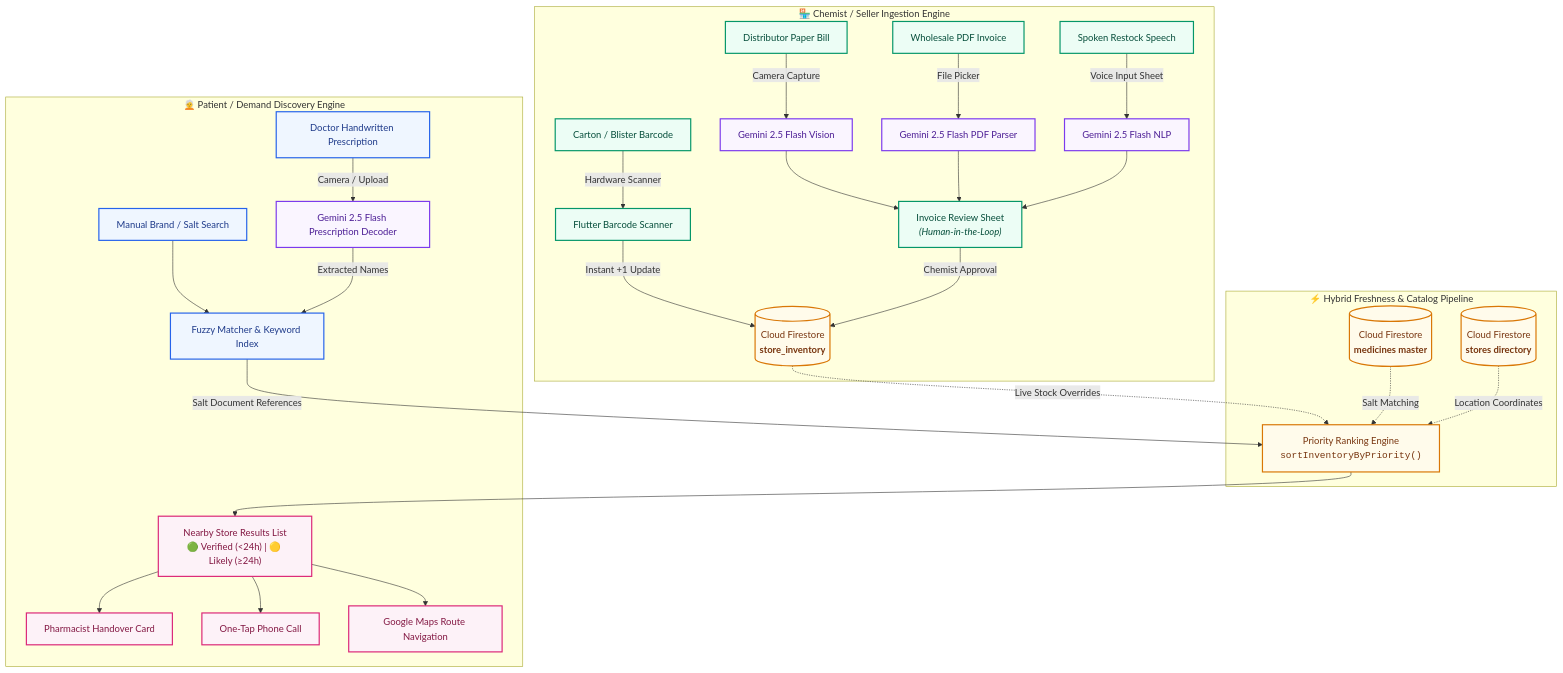
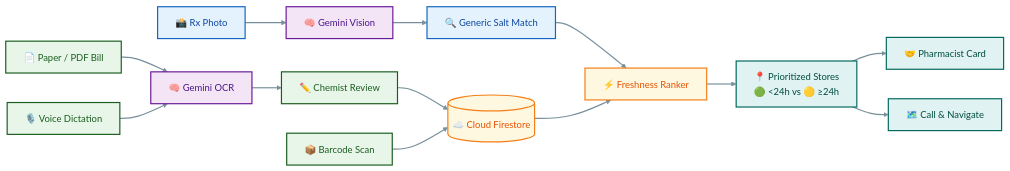
One commit to Parth-Chavan-15/MedSetu-TechSprint changed the first of 2 diagrams in README.md. Above: the diagram before and after it, drawn with Mermaid. The commit also changed other lines of this file, not shown here.

Commit message:
docs: revamp README with verified product walkthrough, dual-agent architecture, and setup instructions

````diff
--- a/README.md
+++ b/README.md
@@ -101,43 +91,32 @@
 ```mermaid
-graph TD
-    %% Custom Styling
-    classDef chemist fill:#ECFDF5,stroke:#059669,stroke-width:2px,color:#064E3B;
-    classDef patient fill:#EFF6FF,stroke:#2563EB,stroke-width:2px,color:#1E3A8A;
-    classDef ai fill:#FAF5FF,stroke:#7C3AED,stroke-width:2px,color:#4C1D95;
-    classDef firestore fill:#FFFBEB,stroke:#D97706,stroke-width:2px,color:#78350F;
-    classDef output fill:#FDF2F8,stroke:#DB2777,stroke-width:2px,color:#831843;
+flowchart LR
+    P_IMG["📸 Rx Photo"] --> P_AI["🧠 Gemini Vision"]
+    P_AI --> P_SRCH["🔍 Generic Salt Match"]
+    P_SRCH --> ENGINE["⚡ Freshness Ranker"]
 
-    subgraph SellerFlow ["🏪 Chemist / Seller Ingestion Engine"]
-        S_BILL["Distributor Paper Bill"]:::chemist -->|Camera Capture| G_INV["Gemini 2.5 Flash Vision"]:::ai
-        S_PDF["Wholesale PDF Invoice"]:::chemist -->|File Picker| G_PDF["Gemini 2.5 Flash PDF Parser"]:::ai
-        S_VOICE["Spoken Restock Speech"]:::chemist -->|Voice Input Sheet| G_NLP["Gemini 2.5 Flash NLP"]:::ai
-        S_BC["Carton / Blister Barcode"]:::chemist -->|Hardware Scanner| BC_SCAN["Flutter Barcode Scanner"]:::chemist
+    S_INV["📄 Paper / PDF Bill"] --> S_AI["🧠 Gemini OCR"]
+    S_VOICE["🎙️ Voice Dictation"] --> S_AI
+    S_AI --> S_REV["✏️ Chemist Review"]
+    S_REV --> DB[("☁️ Cloud Firestore")]
 
-        G_INV --> IRS["Invoice Review Sheet<br><i>(Human-in-the-Loop)</i>"]:::chemist
-        G_PDF --> IRS
-        G_NLP --> IRS
-        BC_SCAN -->|Instant +1 Update| FS_INV
-        IRS -->|Chemist Approval| FS_INV[("Cloud Firestore<br><b>store_inventory</b>")]:::firestore
-    end
+    S_BC["📦 Barcode Scan"] --> DB
+    DB --> ENGINE
 
-    subgraph CoreEngine ["⚡ Hybrid Freshness & Catalog Pipeline"]
-        FS_MED[("Cloud Firestore<br><b>medicines master</b>")]:::firestore
-        FS_STORES[("Cloud Firestore<br><b>stores directory</b>")]:::firestore
-        
-        FS_INV -.->|Live Stock Overrides| RANK["Priority Ranking Engine<br><code>sortInventoryByPriority()</code>"]:::firestore
-        FS_MED -.->|Salt Matching| RANK
-        FS_STORES -.->|Location Coordinates| RANK
-    end
+    ENGINE --> OUT_UI["📍 Prioritized Stores<br/>🟢 &lt;24h vs 🟡 &ge;24h"]
+    OUT_UI --> OUT_CARD["🤝 Pharmacist Card"]
+    OUT_UI --> OUT_NAV["🗺️ Call & Navigate"]
 
-    subgraph PatientFlow ["🧑‍🦳 Patient / Demand Discovery Engine"]
-        P_RX["Doctor Handwritten Prescription"]:::patient -->|Camera / Upload| G_RX["Gemini 2.5 Flash Prescription Decoder"]:::ai
-        P_TXT["Manual Brand / Salt Search"]:::patient --> SEARCH["Fuzzy Matcher & Keyword Index"]:::patient
-        G_RX -->|Extracted Names| SEARCH
-        SEARCH -->|Salt Document References| RANK
+    classDef patient fill:#E3F2FD,stroke:#1565C0,color:#0D47A1,stroke-width:2px;
+    classDef chemist fill:#E8F5E9,stroke:#1B5E20,color:#1B5E20,stroke-width:2px;
+    classDef ai fill:#F3E5F5,stroke:#6A1B9A,color:#4A148C,stroke-width:2px;
+    classDef engine fill:#FFF8E1,stroke:#F57F17,color:#E65100,stroke-width:2px;
+    classDef action fill:#E0F2F1,stroke:#00695C,color:#004D40,stroke-width:2px;
 
-        RANK --> UI_STORES["Nearby Store Results List<br>🟢 Verified (&lt;24h) | 🟡 Likely (&ge;24h)"]:::output
-        UI_STORES --> ACT_CARD["Pharmacist Handover Card"]:::output
-        UI_STORES --> ACT_CALL["One-Tap Phone Call"]:::output
-        UI_STORES --> ACT_MAP["Google Maps Route Navigation"]:::output
-    end
+    class P_IMG,P_SRCH patient;
+    class S_INV,S_VOICE,S_BC,S_REV chemist;
+    class P_AI,S_AI ai;
+    class DB,ENGINE engine;
+    class OUT_UI,OUT_CARD,OUT_NAV action;
+
+    linkStyle default stroke:#78909C,stroke-width:2px;
 ```
````
